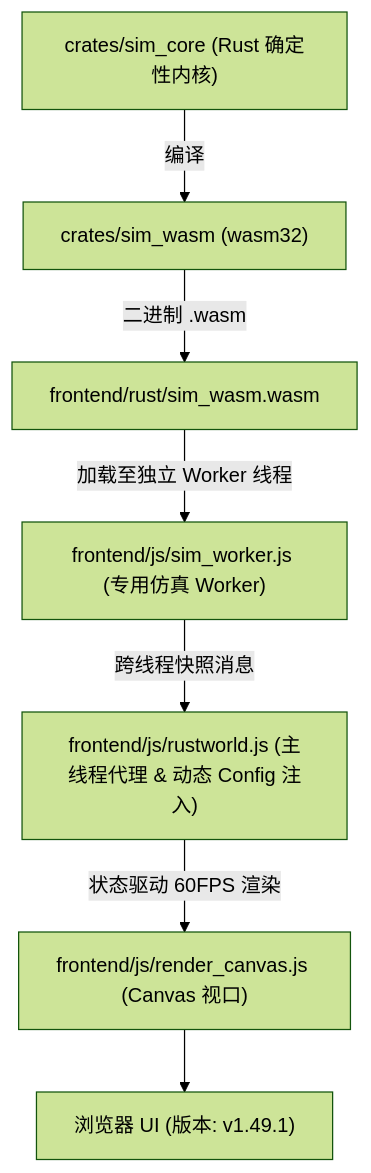
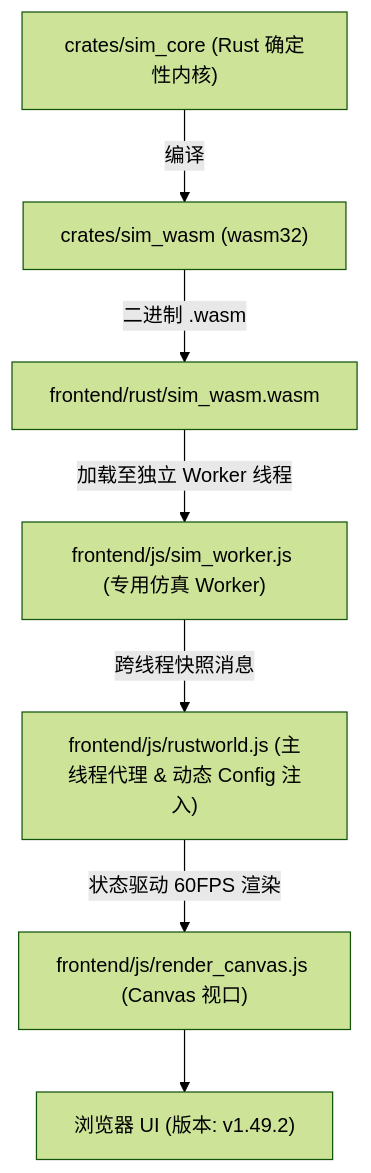
Before and after one commit to g39088902/FlowAndAccord: the diagram in AGENTS.md, drawn with Mermaid (forest theme). The commit also changed other lines of this file and 15 other files, not shown here.

First line of the commit message:
v1.49.2 D-A 地形装饰观感重绘 + 浏览器测试铁律与截图 SOP 文档沉淀

````diff
--- a/AGENTS.md
+++ b/AGENTS.md
@@ -62,9 +62,9 @@
 ```mermaid
 graph TD
     A["crates/sim_core (Rust 确定性内核)"] -->|编译| B["crates/sim_wasm (wasm32)"]
     B -->|二进制 .wasm| C["frontend/rust/sim_wasm.wasm"]
     C -->|加载至独立 Worker 线程| D["frontend/js/sim_worker.js (专用仿真 Worker)"]
     D -->|跨线程快照消息| E["frontend/js/rustworld.js (主线程代理 & 动态 Config 注入)"]
     E -->|状态驱动 60FPS 渲染| F["frontend/js/render_canvas.js (Canvas 视口)"]
-    F --> G["浏览器 UI (版本: v1.49.1)"]
+    F --> G["浏览器 UI (版本: v1.49.2)"]
 ```
````
